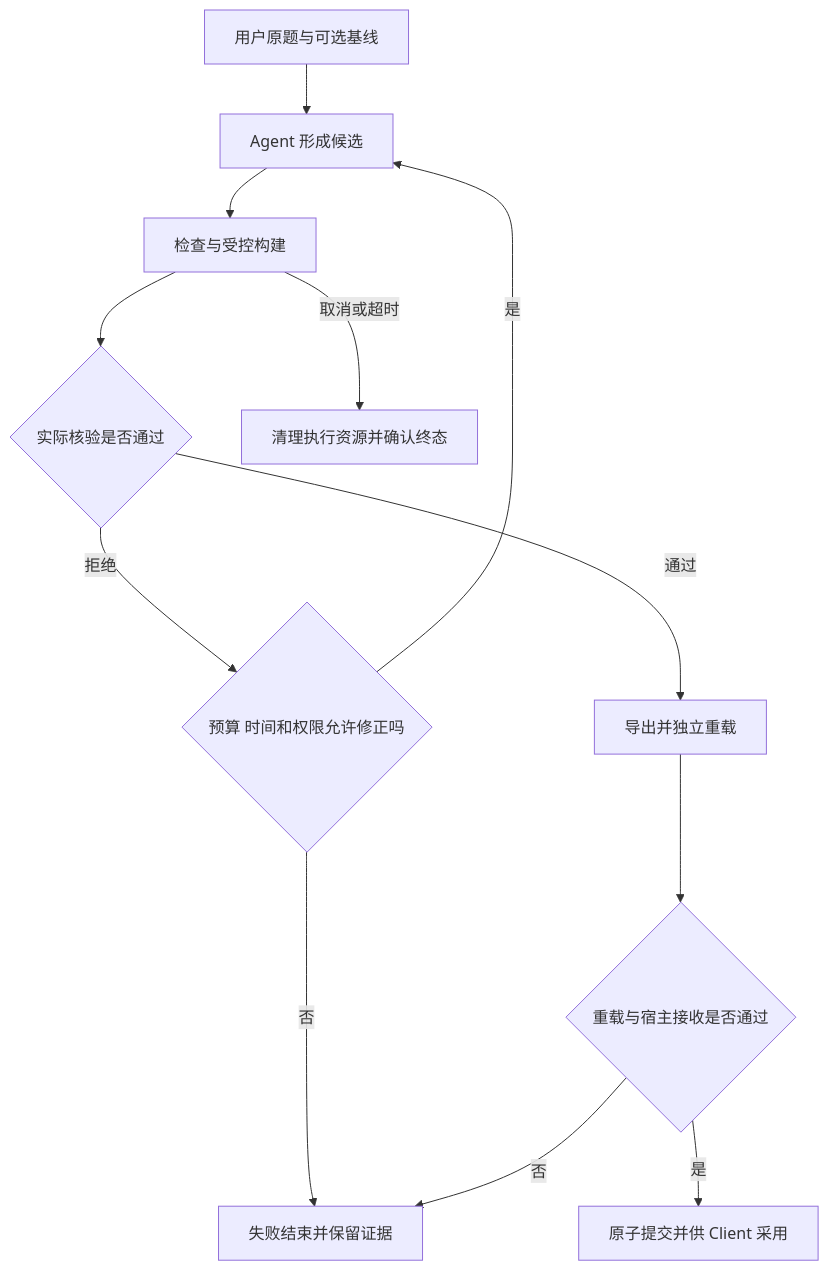
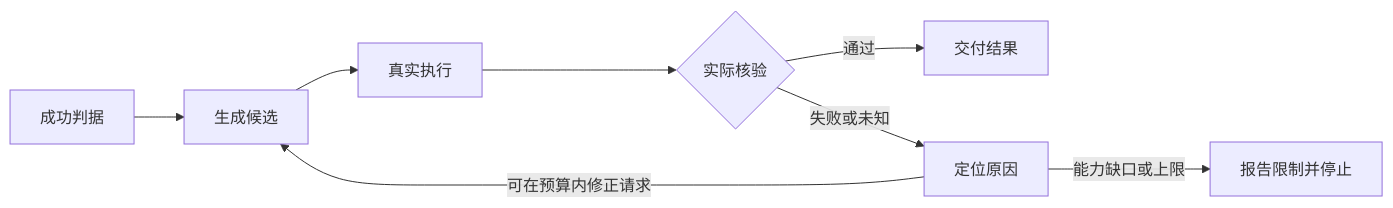
Before and after one commit to Jack7510/gpt_ggb: the first of 3 diagrams in docs/question-plugin-agent.md, drawn with Mermaid. The commit also changed other lines of this file and 3 other files, not shown here.

````diff
--- a/docs/question-plugin-agent.md
+++ b/docs/question-plugin-agent.md
@@ -428,14 +76,10 @@
 ```mermaid
-flowchart TD
-  A[用户原题与可选基线] --> B[Agent 形成候选]
-  B --> C[检查与受控构建]
-  C --> D{实际核验是否通过}
-  D -->|拒绝| E{预算 时间和权限允许修正吗}
-  E -->|是| B
-  E -->|否| F[失败结束并保留证据]
-  D -->|通过| G[导出并独立重载]
-  G --> H{重载与宿主接收是否通过}
-  H -->|否| F
-  H -->|是| I[原子提交并供 Client 采用]
-  C -->|取消或超时| J[清理执行资源并确认终态]
+flowchart LR
+  A[成功判据] --> B[生成候选]
+  B --> C[真实执行]
+  C --> D{实际核验}
+  D -->|通过| E[交付结果]
+  D -->|失败或未知| F[定位原因]
+  F -->|可在预算内修正请求| B
+  F -->|能力缺口或上限| G[报告限制并停止]
 ```
````
